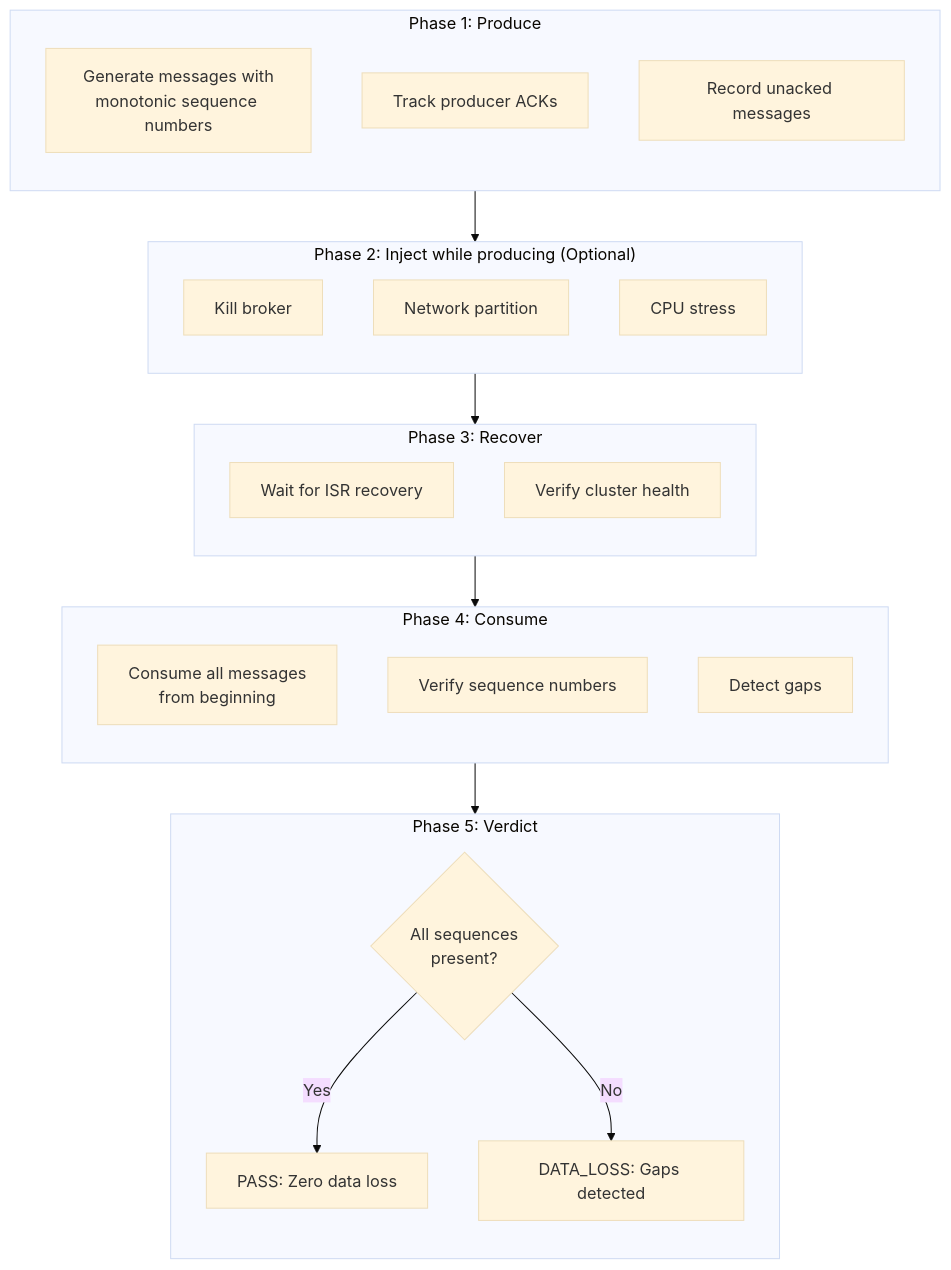
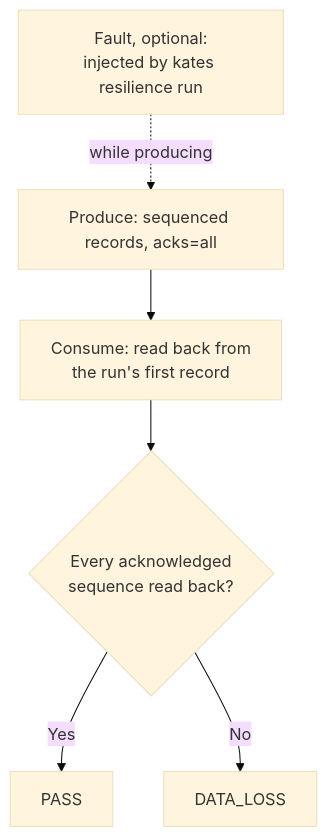
Before and after one commit to bmscomp/kates: the first of 2 diagrams in docs/book/08-data-integrity.md, drawn with Mermaid (base theme). The commit also changed other lines of this file and 52 other files, not shown here.

````diff
--- a/docs/book/08-data-integrity.md
+++ b/docs/book/08-data-integrity.md
@@ -27,46 +16,18 @@
 ```mermaid
 %%| label: fig-integrity-verification-pipeline
-%%| fig-cap: "The five-phase INTEGRITY verification pipeline: sequenced production, optional fault injection, ISR recovery, full topic replay, and sequence gap evaluation."
-%%| fig-alt: "Top-down flowchart across five phases: Phase 1 Produce (generate messages with monotonic sequence numbers, track producer ACKs, record unacked messages), Phase 2 Inject while producing (optional: kill broker, network partition, or CPU stress), Phase 3 Recover (wait for ISR recovery, verify cluster health), Phase 4 Consume (consume all messages from beginning, verify sequence numbers, detect gaps), and Phase 5 Verdict (decision whether all acknowledged sequences are present: Yes yields PASS, No yields DATA_LOSS)."
+%%| fig-cap: "An INTEGRITY run produces sequenced records, reads them back from its first record, and counts every acknowledged sequence it never read as lost."
+%%| fig-alt: "Four boxes top to bottom: Produce, Consume, Verify, and a verdict of PASS or DATA_LOSS, with an optional Fault box beside Produce."
 graph TB
-    subgraph Produce["Phase 1: Produce"]
-        direction TB
-        P1[Generate messages with<br/>monotonic sequence numbers]
-        P2[Track producer ACKs]
-        P3[Record unacked messages]
-    end
-    
-    subgraph Inject["Phase 2: Inject while producing (Optional)"]
-        direction TB
-        I1[Kill broker]
-        I2[Network partition]
-        I3[CPU stress]
-    end
-    
-    subgraph Recover["Phase 3: Recover"]
-        direction TB
-        R1[Wait for ISR recovery]
-        R2[Verify cluster health]
-    end
-    
-    subgraph Consume["Phase 4: Consume"]
-        direction TB
-        C1[Consume all messages<br/>from beginning]
-        C2[Verify sequence numbers]
-        C3[Detect gaps]
-    end
-    
-    subgraph Verdict["Phase 5: Verdict"]
-        direction TB
-        V1{All sequences<br/>present?}
-        PASS[PASS: Zero data loss]
-        FAIL[DATA_LOSS: Gaps detected]
-    end
-    
-    Produce --> Inject
-    Inject --> Recover
-    Recover --> Consume
-    Consume --> Verdict
-    V1 -->|Yes| PASS
-    V1 -->|No| FAIL
+    P[Produce: sequenced records, acks=all]
+    F[Fault, optional:<br/>injected by kates resilience run]
+    C[Consume: read back from<br/>the run's first record]
+    V{Every acknowledged<br/>sequence read back?}
+    PASS[PASS]
+    FAIL[DATA_LOSS]
+
+    F -.->|while producing| P
+    P --> C
+    C --> V
+    V -->|Yes| PASS
+    V -->|No| FAIL
 ```
````
